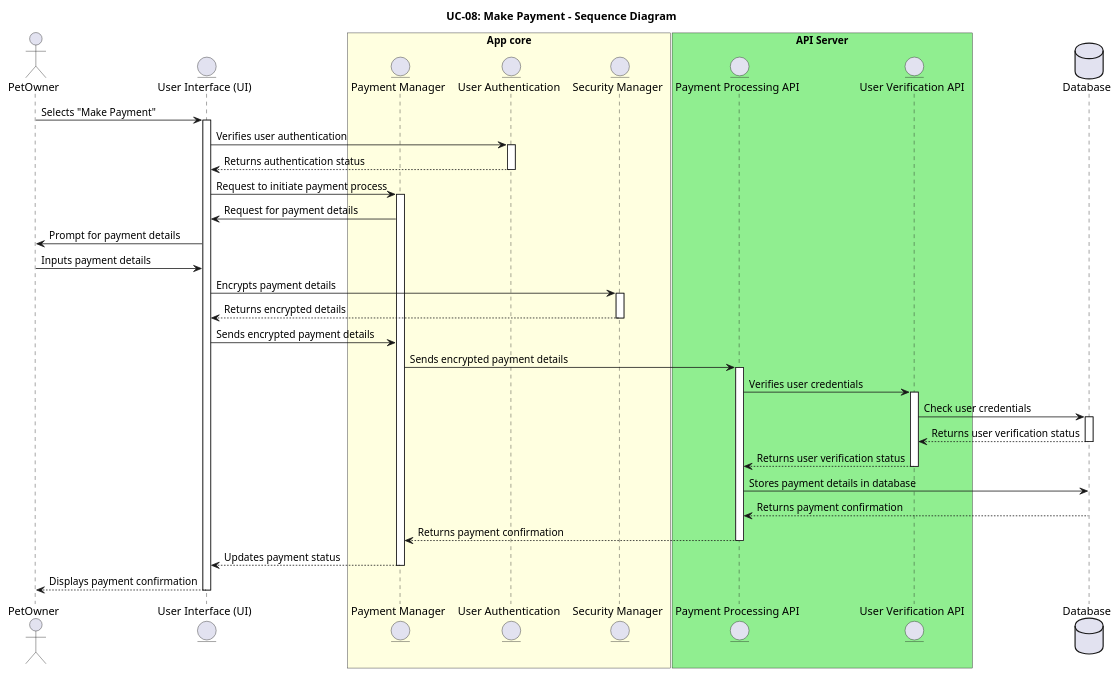
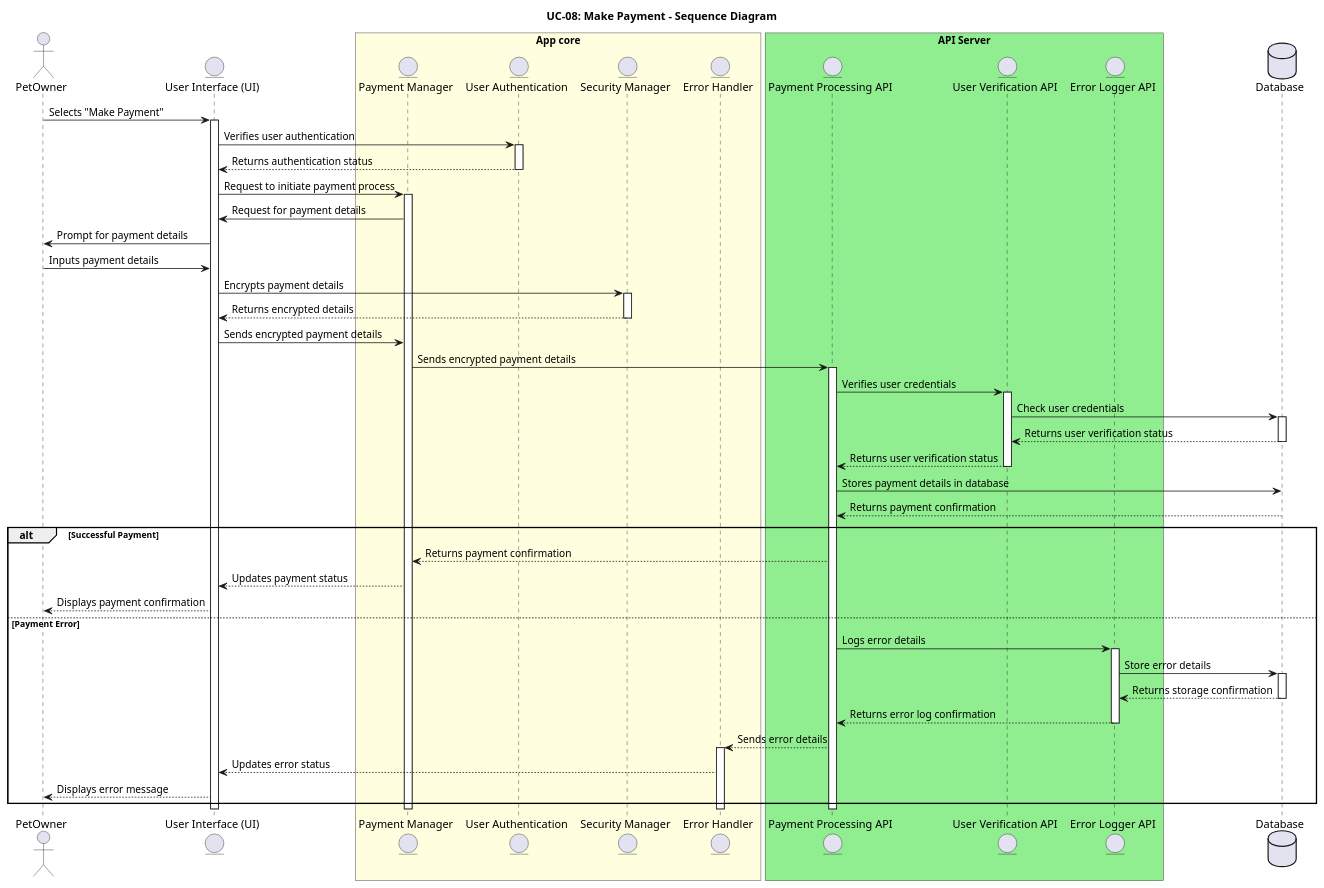
Before and after one commit to IrenePorta/PetSitters: the diagram in Documents/PlantUML/UC-08_SEQUENCE_Diagram.puml, drawn with PlantUML.

```diff
--- a/Documents/PlantUML/UC-08_SEQUENCE_Diagram.puml
+++ b/Documents/PlantUML/UC-08_SEQUENCE_Diagram.puml
@@ -1,61 +1,78 @@
 @startuml
 title: UC-08: Make Payment - Sequence Diagram
 actor PetOwner
 entity "User Interface (UI)" as UI
 box "App core" #LightYellow
   entity "Payment Manager" as PaymentManager
   entity "User Authentication" as UserAuth
   entity "Security Manager" as Security
+  entity "Error Handler" as ErrorHandler
 end box
 box "API Server" #LightGreen
   entity "Payment Processing API" as PaymentAPI
   entity "User Verification API" as UserVerifyAPI
+  entity "Error Logger API" as LoggerAPI
 end box
 database "Database" as DB
 
 PetOwner -> UI : Selects "Make Payment" 
 activate UI
 
 UI -> UserAuth : Verifies user authentication
 activate UserAuth
 UserAuth --> UI : Returns authentication status
 deactivate UserAuth
 
 UI -> PaymentManager : Request to initiate payment process
 activate PaymentManager
 
 PaymentManager -> UI : Request for payment details
 UI -> PetOwner : Prompt for payment details
 PetOwner -> UI : Inputs payment details
 
 UI -> Security : Encrypts payment details
 activate Security
 Security --> UI : Returns encrypted details
 deactivate Security
 
 UI -> PaymentManager : Sends encrypted payment details
 PaymentManager -> PaymentAPI : Sends encrypted payment details
 activate PaymentAPI
 
 PaymentAPI -> UserVerifyAPI : Verifies user credentials
 activate UserVerifyAPI
 UserVerifyAPI -> DB : Check user credentials
 activate DB
 DB --> UserVerifyAPI : Returns user verification status
 deactivate DB
 UserVerifyAPI --> PaymentAPI : Returns user verification status
 deactivate UserVerifyAPI
 
 PaymentAPI -> DB : Stores payment details in database
 DB --> PaymentAPI : Returns payment confirmation
 deactivate DB
 
-PaymentAPI --> PaymentManager : Returns payment confirmation
+alt Successful Payment
+    PaymentAPI --> PaymentManager : Returns payment confirmation
+    PaymentManager --> UI : Updates payment status
+    UI --> PetOwner : Displays payment confirmation
+else Payment Error
+    PaymentAPI -> LoggerAPI : Logs error details
+    activate LoggerAPI
+    LoggerAPI -> DB : Store error details
+    activate DB
+    DB --> LoggerAPI : Returns storage confirmation
+    deactivate DB
+    LoggerAPI --> PaymentAPI : Returns error log confirmation
+    deactivate LoggerAPI
+    PaymentAPI --> ErrorHandler : Sends error details
+    activate ErrorHandler
+    ErrorHandler --> UI : Updates error status
+    UI --> PetOwner : Displays error message
+end
+
 deactivate PaymentAPI
-PaymentManager --> UI : Updates payment status
+deactivate ErrorHandler
 deactivate PaymentManager
-
-UI --> PetOwner : Displays payment confirmation
 deactivate UI
-
 @enduml
```
